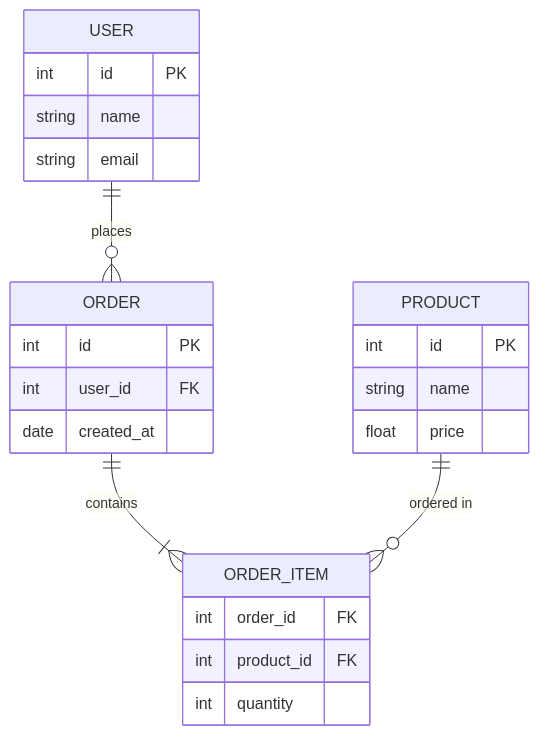
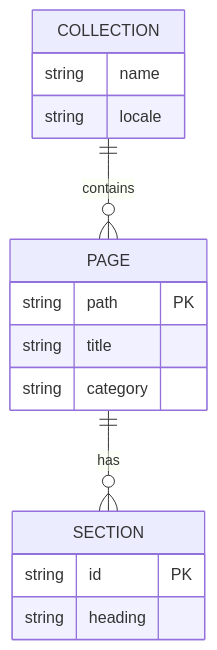
One commit to mhaibaraai/movk-nuxt-docs changed the seventh of 7 diagrams in docs/content/docs/4.writing/5.mermaid.md. Above: the diagram before and after it, drawn with Mermaid. The commit also changed other lines of this file and 34 other files, not shown here.

````diff
--- a/docs/content/docs/4.writing/5.mermaid.md
+++ b/docs/content/docs/4.writing/5.mermaid.md
@@ -222,26 +193,18 @@
 ```mermaid
 erDiagram
-    USER ||--o{ ORDER : places
-    USER {
-        int id PK
+    COLLECTION ||--o{ PAGE : contains
+    COLLECTION {
         string name
-        string email
+        string locale
     }
-    ORDER ||--|{ ORDER_ITEM : contains
-    ORDER {
-        int id PK
-        int user_id FK
-        date created_at
+    PAGE ||--o{ SECTION : has
+    PAGE {
+        string path PK
+        string title
+        string category
     }
-    PRODUCT ||--o{ ORDER_ITEM : "ordered in"
-    PRODUCT {
-        int id PK
-        string name
-        float price
-    }
-    ORDER_ITEM {
-        int order_id FK
-        int product_id FK
-        int quantity
+    SECTION {
+        string id PK
+        string heading
     }
 ```
````
